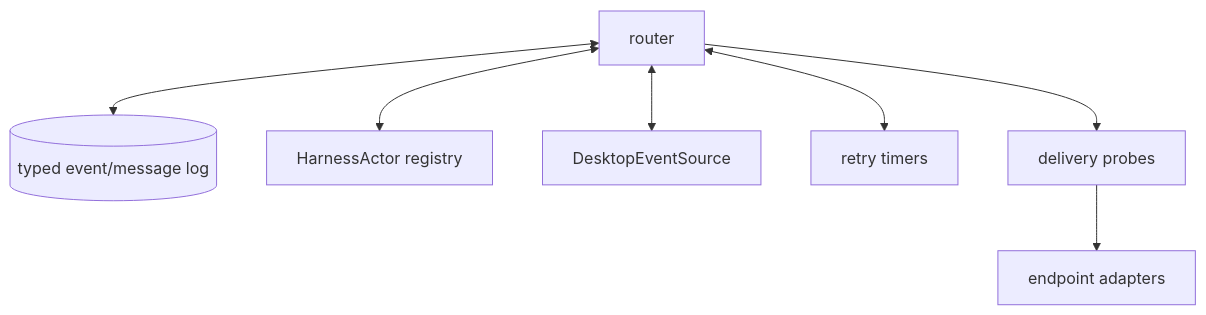
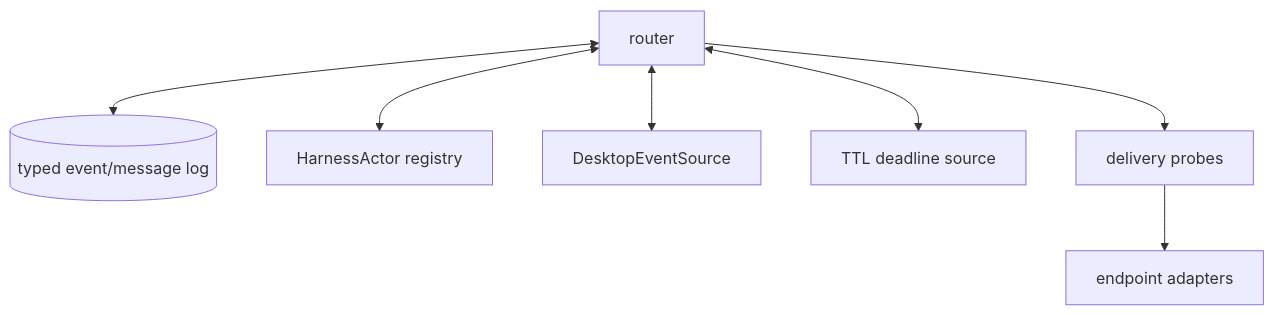
The sixth of 11 diagrams in reports/operator/2026-05-07-prompt-empty-delivery-gate-design.md (LiGoldragon/primary), drawn with Mermaid before and after one commit. The commit also changed other lines of this file, not shown here.

````diff
--- a/reports/operator/2026-05-07-prompt-empty-delivery-gate-design.md
+++ b/reports/operator/2026-05-07-prompt-empty-delivery-gate-design.md
@@ -403,17 +399,17 @@
 ```mermaid
 flowchart TB
     router[router]
     log[(typed event/message log)]
     actors[HarnessActor registry]
     desktop[DesktopEventSource]
-    timers[retry timers]
+    deadline[TTL deadline source]
     probes[delivery probes]
     endpoints[endpoint adapters]
 
     router <--> log
     router <--> actors
     router <--> desktop
-    router <--> timers
+    router <--> deadline
     router --> probes
     probes --> endpoints
 ```
````
